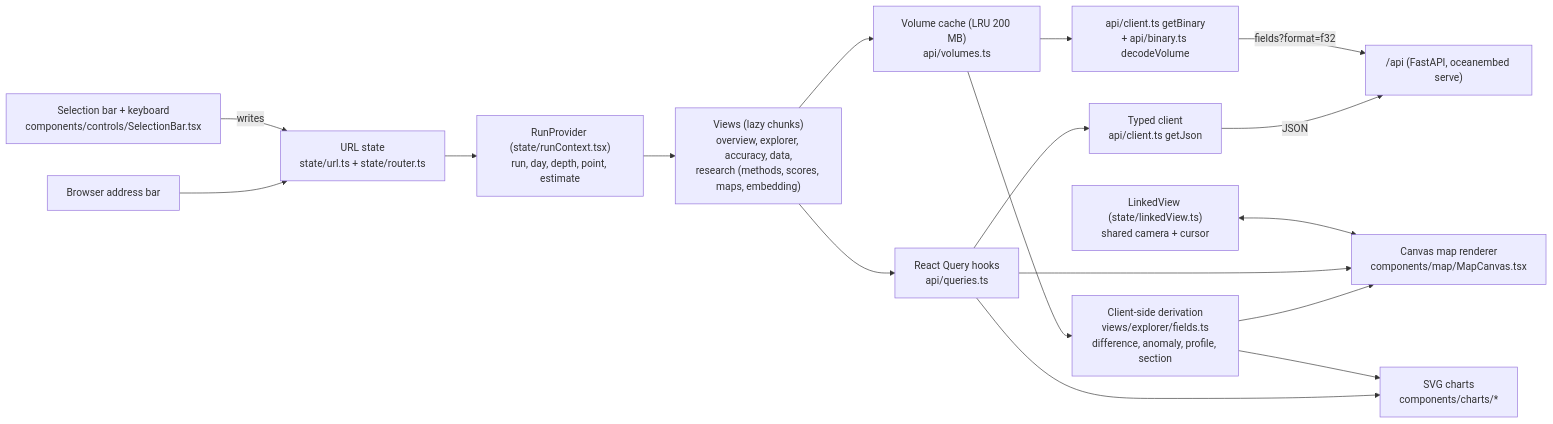
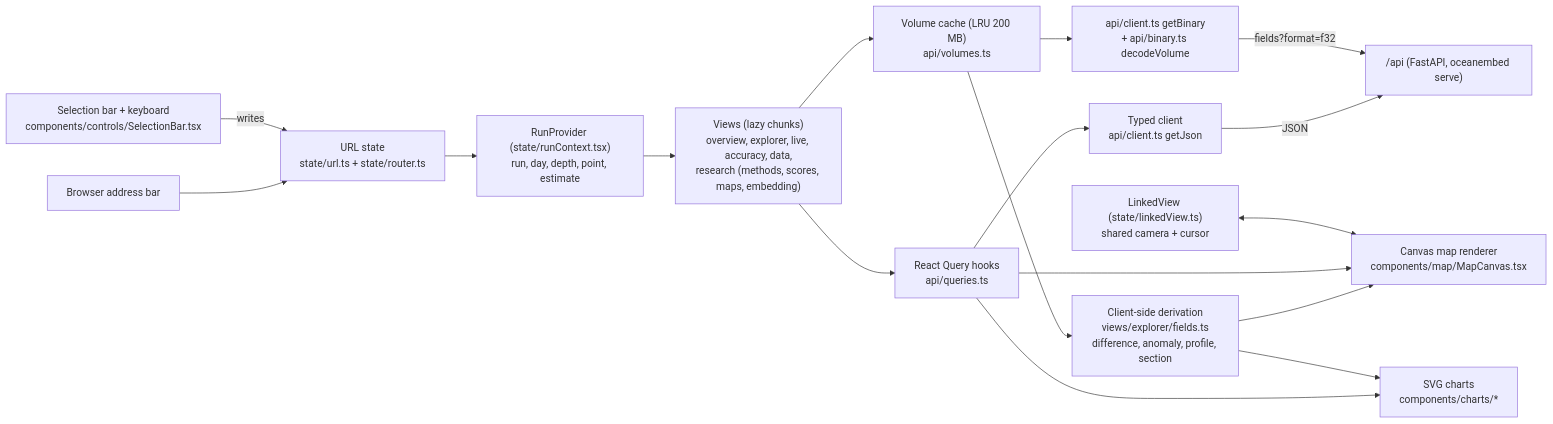
The diagram in docs/frontend.md (SumanthMamidi-MNS/OceanEmbed), drawn with Mermaid before and after one commit. The commit also changed other lines of this file and 1 other file, not shown here.

Commit message:
Document the Live view, the run selector with a live run and the three-band depth guidance

````diff
--- a/docs/frontend.md
+++ b/docs/frontend.md
@@ -25,19 +25,19 @@
 ```mermaid
 flowchart LR
   B["Browser address bar"] --> U["URL state<br/>state/url.ts + state/router.ts"]
   U --> RC["RunProvider (state/runContext.tsx)<br/>run, day, depth, point, estimate"]
   SB["Selection bar + keyboard<br/>components/controls/SelectionBar.tsx"] -->|writes| U
-  RC --> V["Views (lazy chunks)<br/>overview, explorer, accuracy, data,<br/>research (methods, scores, maps, embedding)"]
+  RC --> V["Views (lazy chunks)<br/>overview, explorer, live, accuracy, data,<br/>research (methods, scores, maps, embedding)"]
   V --> Q["React Query hooks<br/>api/queries.ts"]
   V --> VC["Volume cache (LRU 200 MB)<br/>api/volumes.ts"]
   Q --> C["Typed client<br/>api/client.ts getJson"]
   VC --> CB["api/client.ts getBinary<br/>+ api/binary.ts decodeVolume"]
   C -->|JSON| API["/api (FastAPI, oceanembed serve)"]
   CB -->|"fields?format=f32"| API
   VC --> D["Client-side derivation<br/>views/explorer/fields.ts<br/>difference, anomaly, profile, section"]
   Q --> CH["SVG charts<br/>components/charts/*"]
   D --> MC["Canvas map renderer<br/>components/map/MapCanvas.tsx"]
   D --> CH
   Q --> MC
   LV["LinkedView (state/linkedView.ts)<br/>shared camera + cursor"] <--> MC
 ```
````
